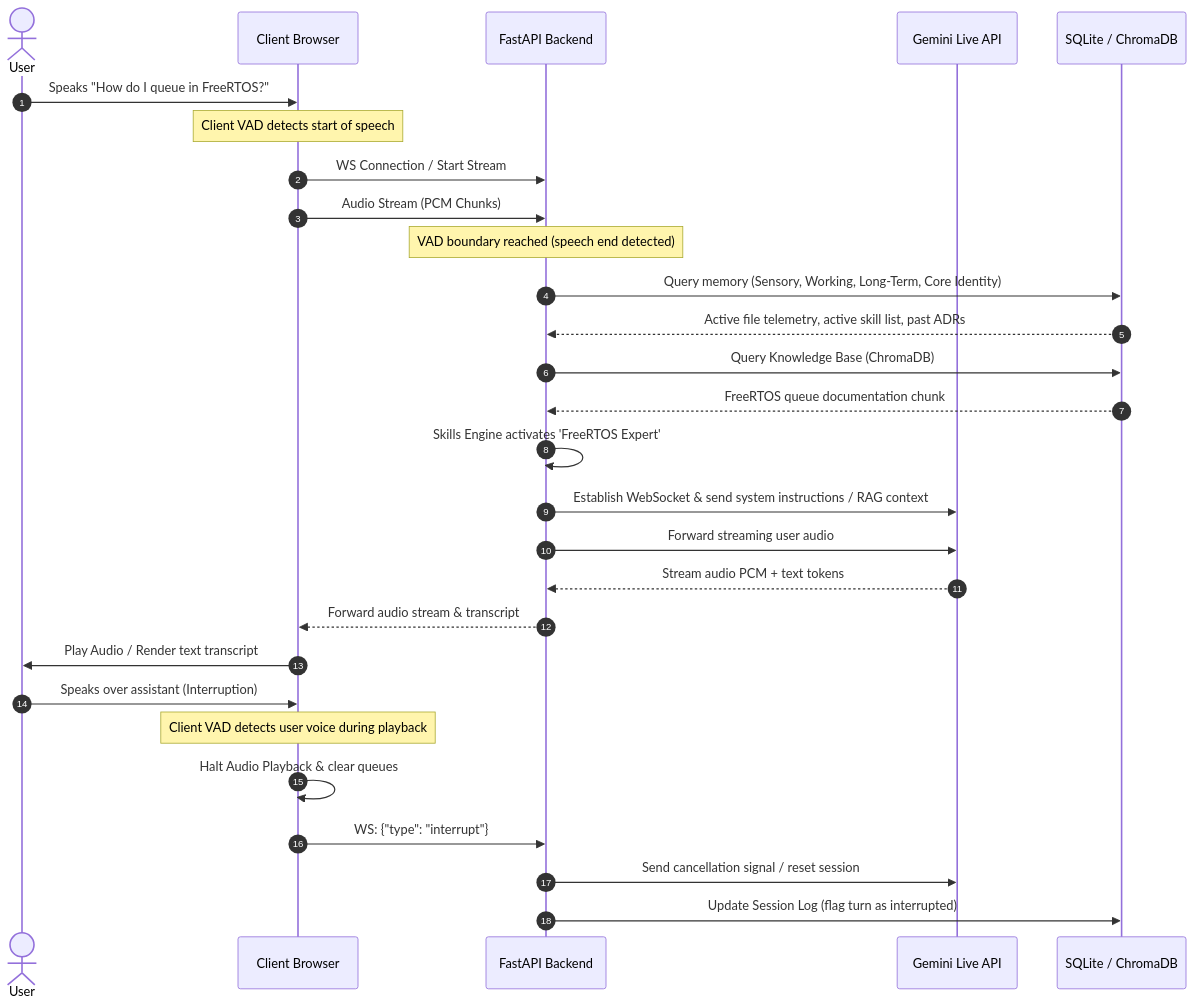
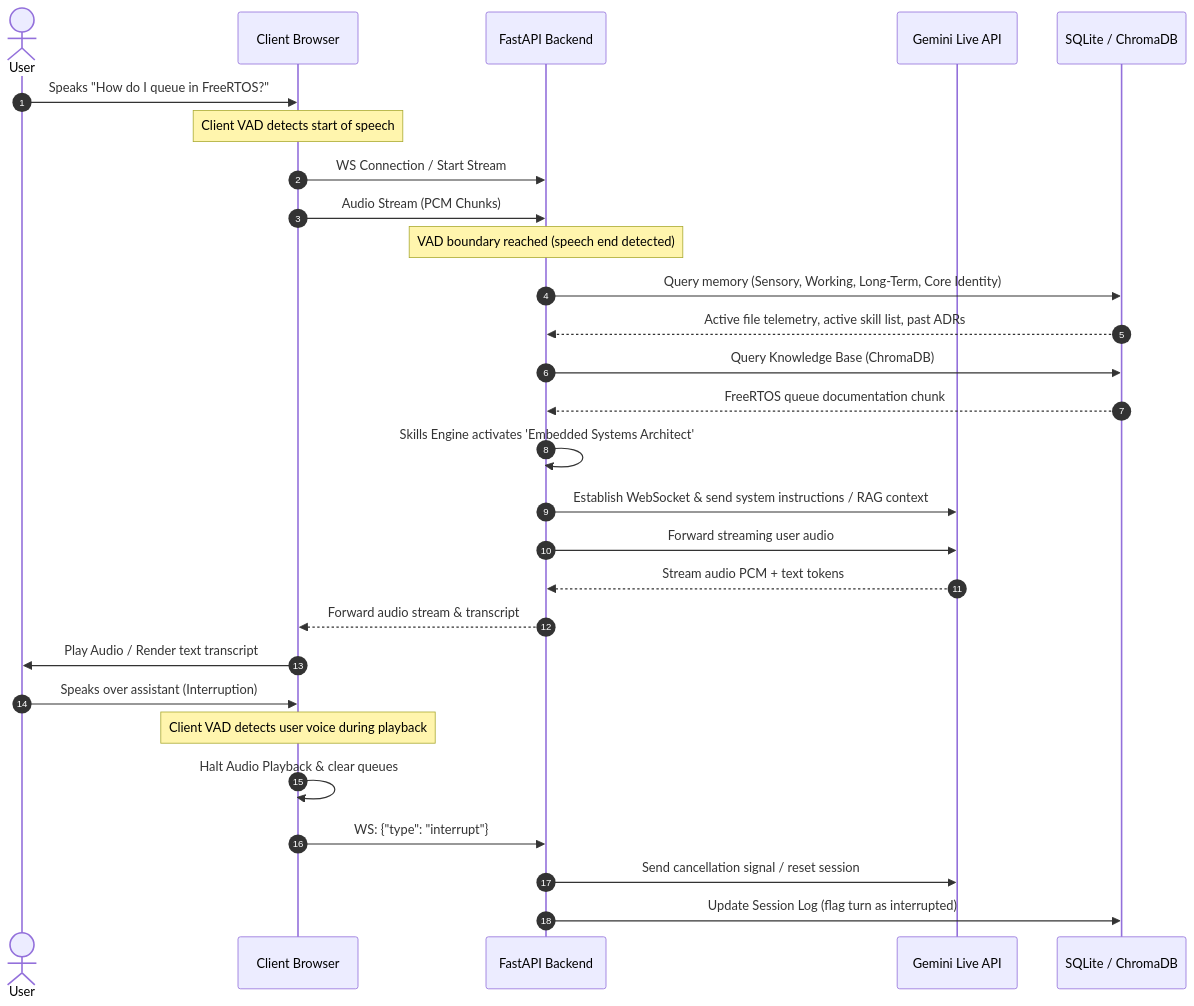
The third of 11 diagrams in Architecture/system_architecture.md (Akash-Kharat/Taksh), drawn with Mermaid before and after one commit. The commit also changed other lines of this file and 8 other files, not shown here.

Commit message:
feat: initialize core project documentation, including identity manifesto, architectural standards, and MVP specifications

````diff
--- a/Architecture/system_architecture.md
+++ b/Architecture/system_architecture.md
@@ -123,31 +123,31 @@
 ```mermaid
 sequenceDiagram
     autonumber
     actor User
     participant Browser as Client Browser
     participant API as FastAPI Backend
     participant Gemini as Gemini Live API
     participant DB as SQLite / ChromaDB
 
     User->>Browser: Speaks "How do I queue in FreeRTOS?"
     Note over Browser: Client VAD detects start of speech
     Browser->>API: WS Connection / Start Stream
     Browser->>API: Audio Stream (PCM Chunks)
     Note over API: VAD boundary reached (speech end detected)
     API->>DB: Query memory (Sensory, Working, Long-Term, Core Identity)
     DB-->>API: Active file telemetry, active skill list, past ADRs
     API->>DB: Query Knowledge Base (ChromaDB)
     DB-->>API: FreeRTOS queue documentation chunk
-    API->>API: Skills Engine activates 'FreeRTOS Expert'
+    API->>API: Skills Engine activates 'Embedded Systems Architect'
     API->>Gemini: Establish WebSocket & send system instructions / RAG context
     API->>Gemini: Forward streaming user audio
     Gemini-->>API: Stream audio PCM + text tokens
     API-->>Browser: Forward audio stream & transcript
     Browser->>User: Play Audio / Render text transcript
     User->>Browser: Speaks over assistant (Interruption)
     Note over Browser: Client VAD detects user voice during playback
     Browser->>Browser: Halt Audio Playback & clear queues
     Browser->>API: WS: {"type": "interrupt"}
     API->>Gemini: Send cancellation signal / reset session
     API->>DB: Update Session Log (flag turn as interrupted)
 ```
````
